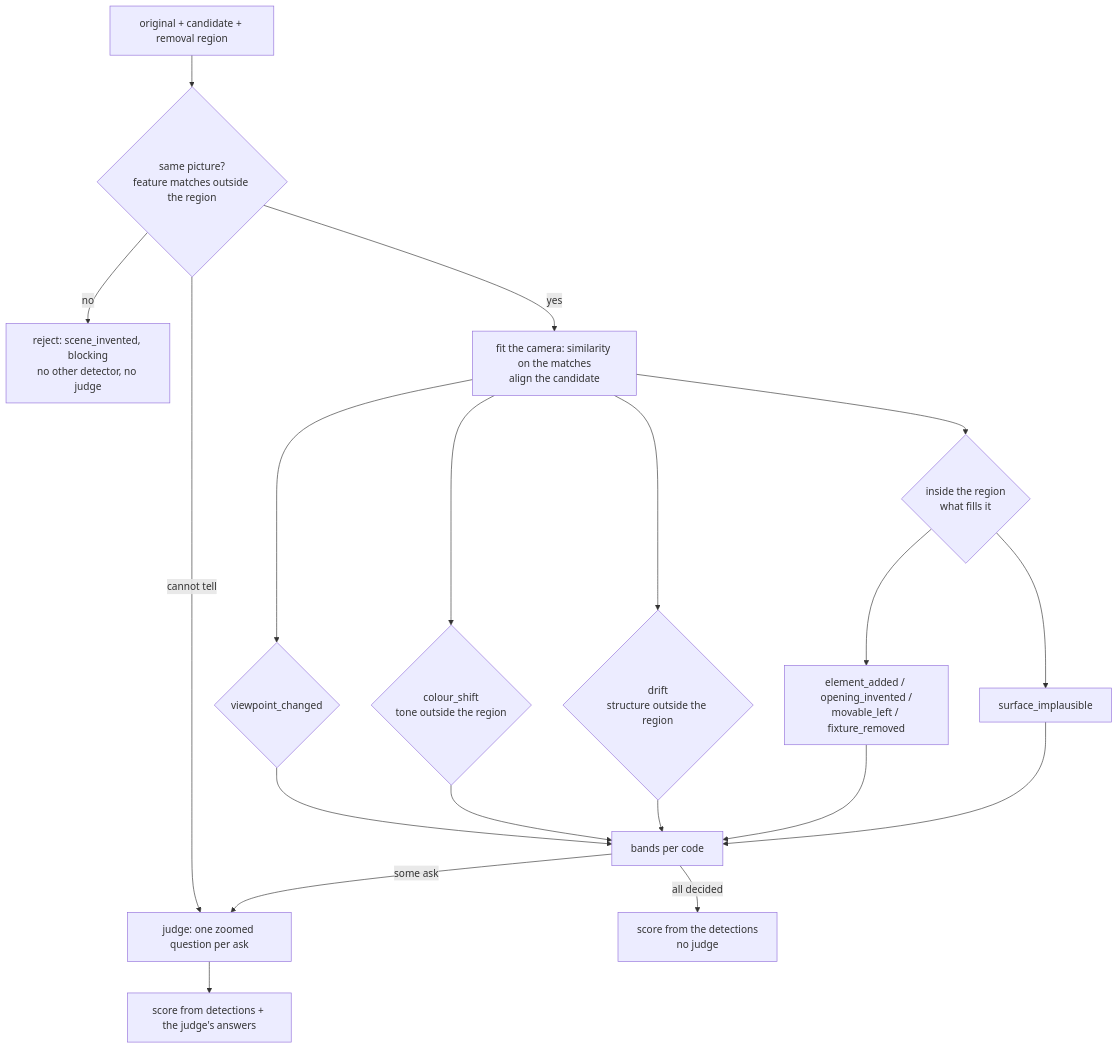
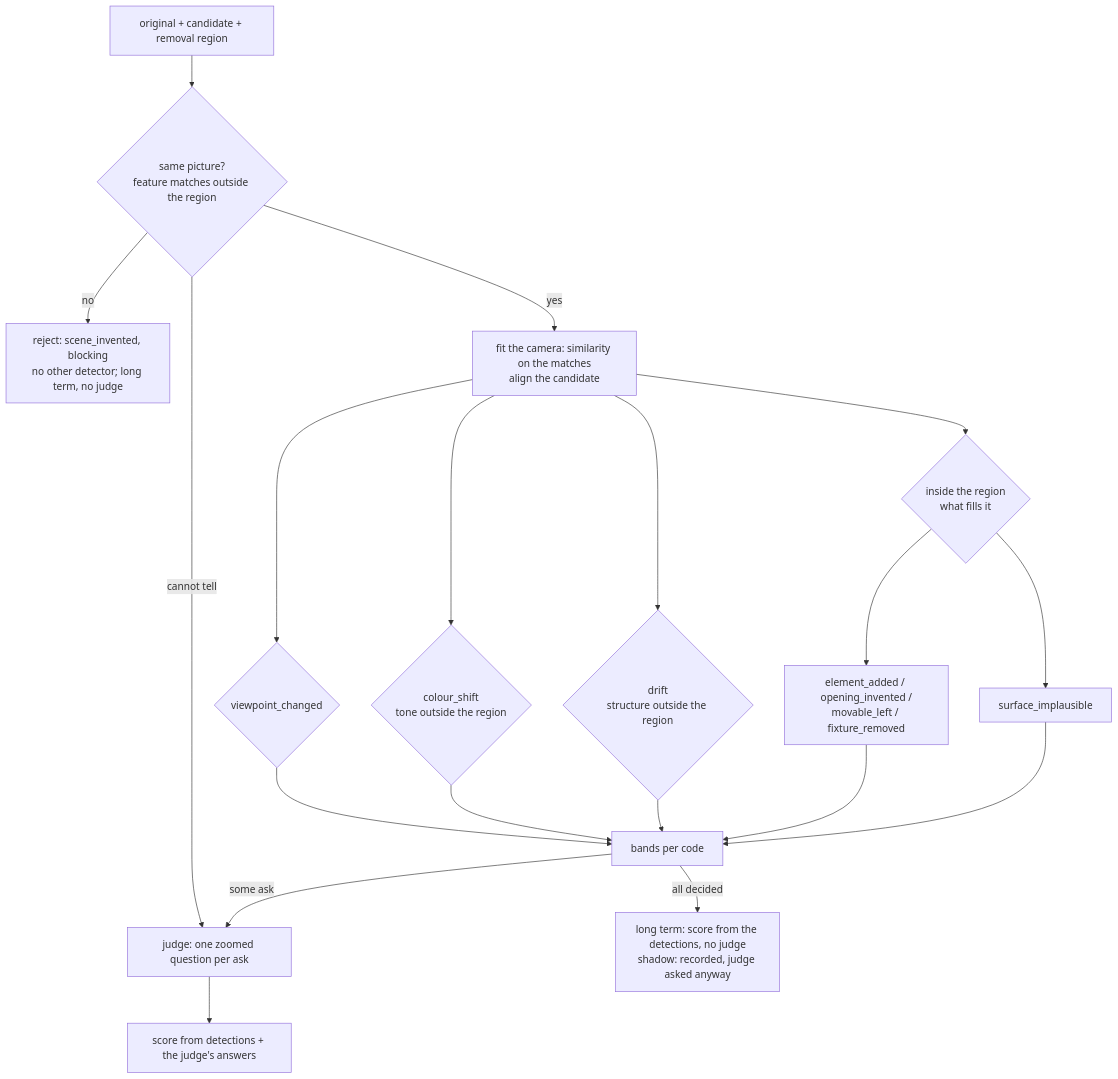
Before and after one commit to intent-graph/ai_tooling: the diagram in virtual_unstaging/design/defect_detectors.md, drawn with Mermaid. The commit also changed other lines of this file and 2 other files, not shown here.

First line of the commit message:
virtual_unstaging: detectors decide in the long term, run in shadow for now (owner's ruling)

````diff
--- a/virtual_unstaging/design/defect_detectors.md
+++ b/virtual_unstaging/design/defect_detectors.md
@@ -77,17 +94,17 @@
 ```mermaid
 flowchart TD
     A[original + candidate + removal region] --> G{same picture?<br/>feature matches outside the region}
-    G -- no --> R1[reject: scene_invented, blocking<br/>no other detector, no judge]
+    G -- no --> R1[reject: scene_invented, blocking<br/>no other detector; long term, no judge]
     G -- cannot tell --> J
     G -- yes --> F[fit the camera: similarity on the matches<br/>align the candidate]
     F --> V{viewpoint_changed}
     F --> T{colour_shift<br/>tone outside the region}
     F --> D{drift<br/>structure outside the region}
     F --> I{inside the region<br/>what fills it}
     I --> E[element_added / opening_invented /<br/>movable_left / fixture_removed]
     I --> S[surface_implausible]
     V & T & D & E & S --> B[bands per code]
-    B -- all decided --> X[score from the detections<br/>no judge]
+    B -- all decided --> X[long term: score from the detections, no judge<br/>shadow: recorded, judge asked anyway]
     B -- some ask --> J[judge: one zoomed question per ask]
     J --> X2[score from detections + the judge's answers]
 ```
````
